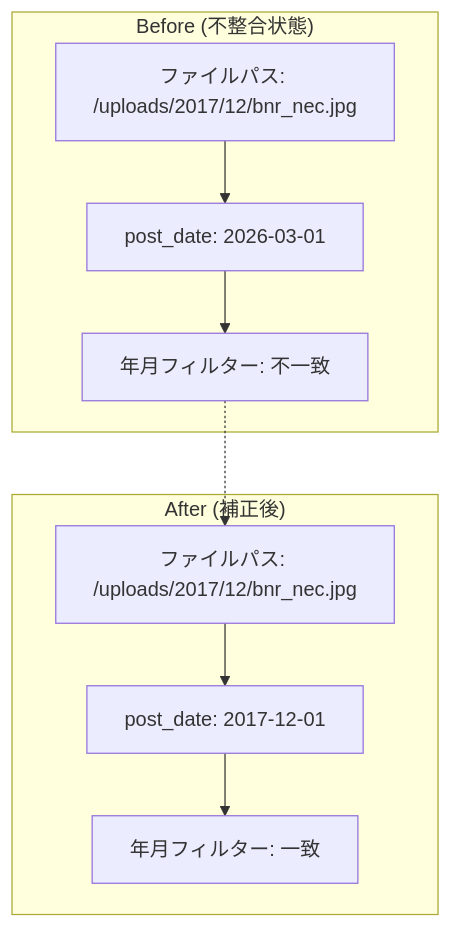
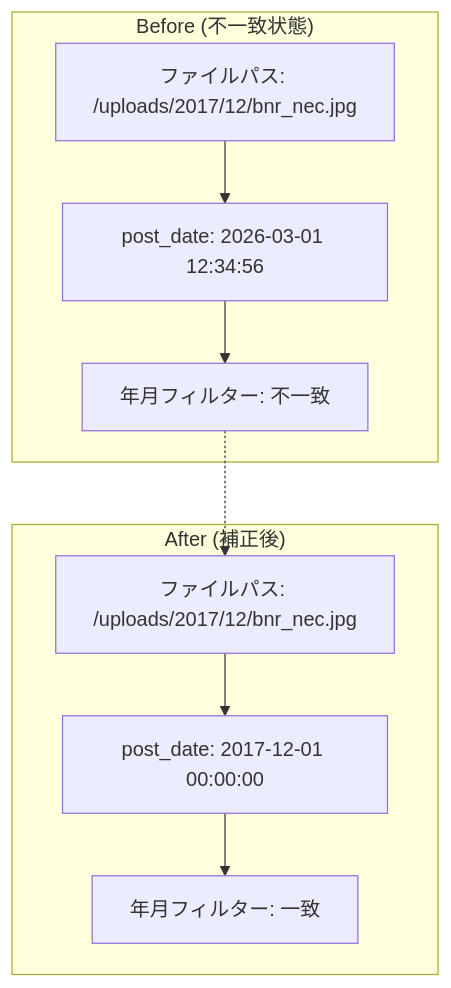
One commit to stein2nd/s2j-media-library-date-corrector changed the first of 2 diagrams in docs/concept.md. Above: the diagram before and after it, drawn with Mermaid. The commit also changed other lines of this file and 10 other files, not shown here.

````diff
--- a/docs/concept.md
+++ b/docs/concept.md
@@ -93,19 +94,19 @@
 ```mermaid
 flowchart
 
-subgraph Before["Before (不整合状態)"]
+subgraph Before["Before (不一致状態)"]
   A1["ファイルパス: /uploads/2017/12/bnr_nec.jpg"]
-  A2["post_date: 2026-03-01"]
+  A2["post_date: 2026-03-01 12:34:56"]
   A3["年月フィルター: 不一致"]
   A1 --> A2 --> A3
 end
 
 subgraph After["After (補正後)"]
   B1["ファイルパス: /uploads/2017/12/bnr_nec.jpg"]
-  B2["post_date: 2017-12-01"]
+  B2["post_date: 2017-12-01 00:00:00"]
   B3["年月フィルター: 一致"]
   B1 --> B2 --> B3
 end
 
 A3 -.-> B1
 ```
````
